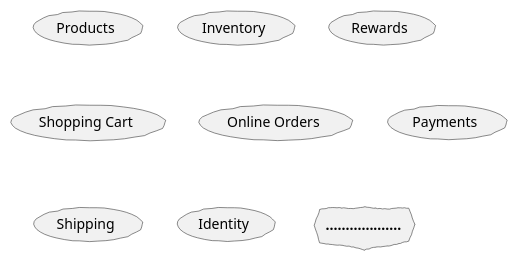
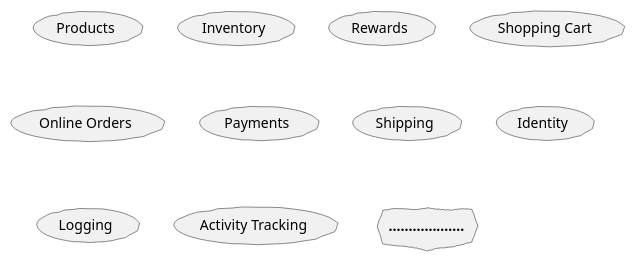
One commit to PacktPublishing/Domain-Driven-Design-with-Java-A-Practitioner-s-Guide changed the second of 3 diagrams in src/docs/asciidoc/chapters/01-ddd-rationale.adoc. Above: the diagram before and after it, drawn with PlantUML. The commit also changed other lines of this file and 5 other files, not shown here.

```diff
--- a/src/docs/asciidoc/chapters/01-ddd-rationale.adoc
+++ b/src/docs/asciidoc/chapters/01-ddd-rationale.adoc
@@ -186,15 +162,17 @@
 [plantuml,domains]
 ....
 @startuml
 skinparam handwritten true
 usecase Products
 usecase Inventory
 usecase Rewards
 usecase "Shopping Cart"
 usecase "Online Orders"
 usecase Payments
 usecase Shipping
 usecase Identity
+usecase Logging
+usecase "Activity Tracking"
 cloud "<b>..................." as c2
 @enduml
 ....
```
